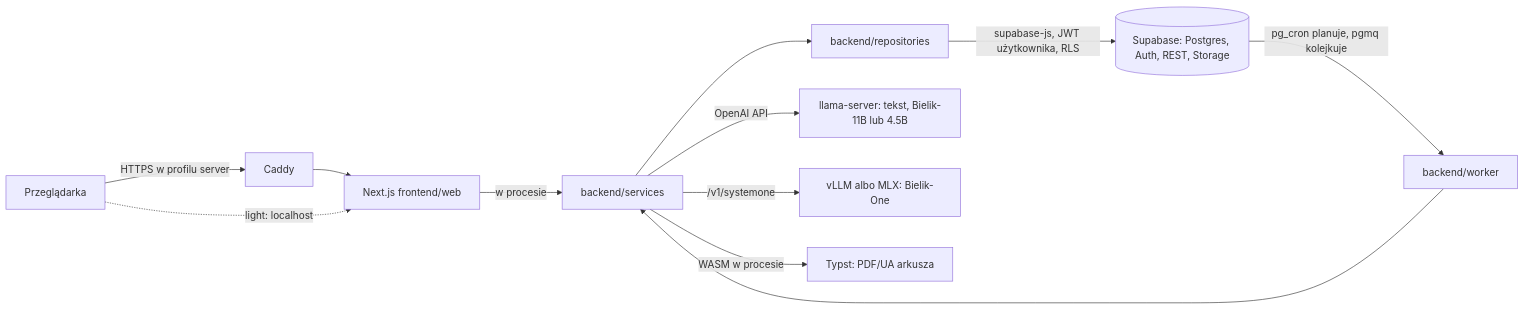
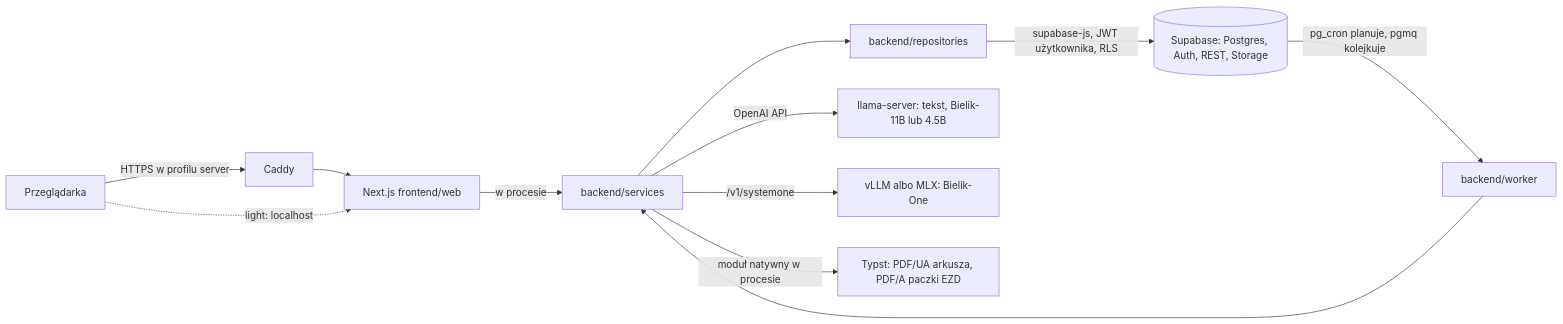
Before and after one commit to OlaszPL/sarmata: the diagram in docs/architektura.md, drawn with Mermaid. The commit also changed other lines of this file and 3 other files, not shown here.

````diff
--- a/docs/architektura.md
+++ b/docs/architektura.md
@@ -28,14 +29,14 @@
 ```mermaid
 flowchart LR
     U[Przeglądarka] -->|HTTPS w profilu server| C[Caddy]
     C --> W[Next.js frontend/web]
     U -.->|light: localhost| W
     W -->|w procesie| S[backend/services]
     S --> R[backend/repositories]
     R -->|supabase-js, JWT użytkownika, RLS| SB[(Supabase: Postgres, Auth, REST, Storage)]
     SB -->|pg_cron planuje, pgmq kolejkuje| Q[backend/worker]
     Q --> S
     S -->|OpenAI API| L[llama-server: tekst, Bielik-11B lub 4.5B]
     S -->|/v1/systemone| D[vLLM albo MLX: Bielik-One]
-    S -->|WASM w procesie| T[Typst: PDF/UA arkusza]
+    S -->|moduł natywny w procesie| T[Typst: PDF/UA arkusza, PDF/A paczki EZD]
 ```
````
